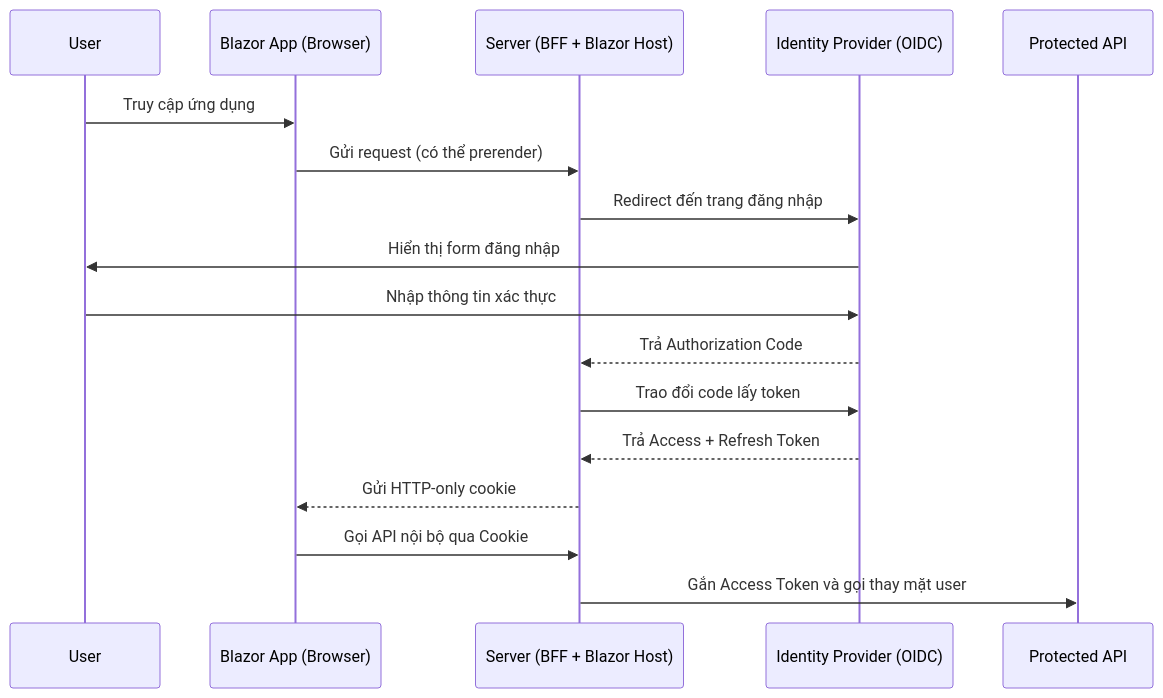
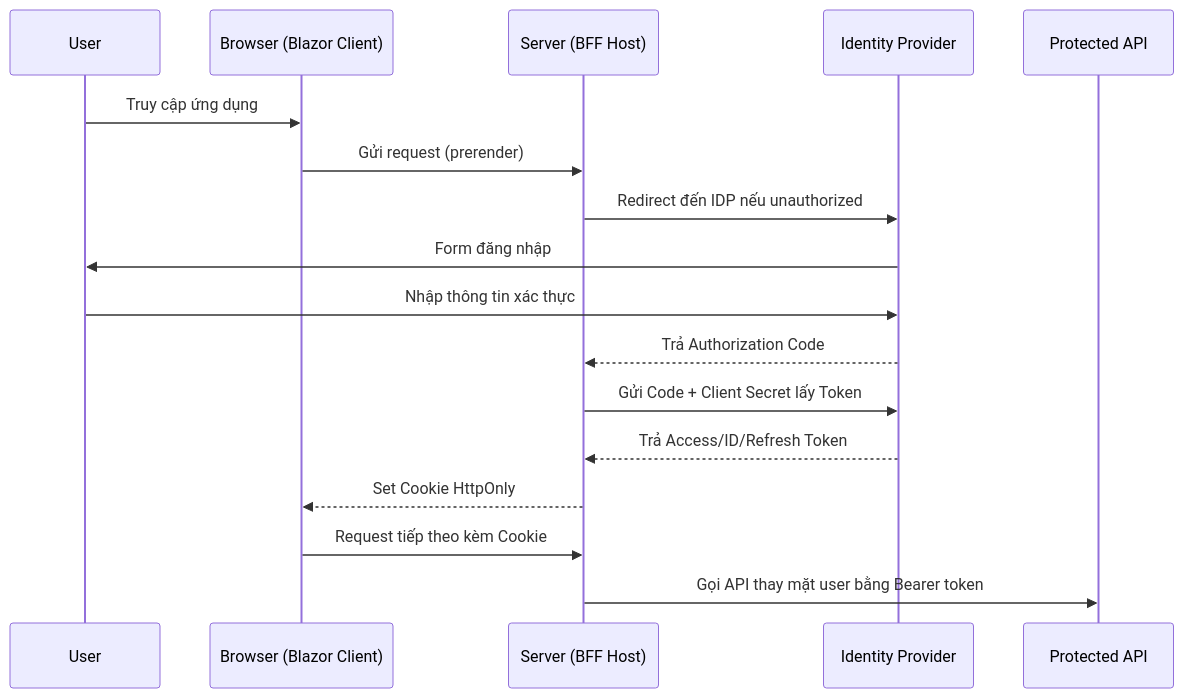
One commit to chicuong2k3/BlogtifyOpen changed the diagram in Blogtify/Blogtify.Client/Content/Posts/Blazor/2. Authentication và Authorization trong Blazor Web App (WASM + Prerender).md. Above: the diagram before and after it, drawn with Mermaid. The commit also changed other lines of this file and 27 other files, not shown here.

```diff
--- a/Blogtify/Blogtify.Client/Content/Posts/Blazor/2. Authentication và Authorization trong Blazor Web App (WASM + Prerender).md
+++ b/Blogtify/Blogtify.Client/Content/Posts/Blazor/2. Authentication và Authorization trong Blazor Web App (WASM + Prerender).md
@@ -285,20 +125,19 @@
 <div class="mermaid">
 sequenceDiagram
     participant U as User
-    participant B as Blazor App (Browser)
-    participant S as Server (BFF + Blazor Host)
-    participant IDP as Identity Provider (OIDC)
+    participant B as Browser (Blazor Client)
+    participant S as Server (BFF Host)
+    participant IDP as Identity Provider
     participant API as Protected API
-
     U->>B: Truy cập ứng dụng
-    B->>S: Gửi request (có thể prerender)
-    S->>IDP: Redirect đến trang đăng nhập
-    IDP->>U: Hiển thị form đăng nhập
+    B->>S: Gửi request (prerender)
+    S->>IDP: Redirect đến IDP nếu unauthorized
+    IDP->>U: Form đăng nhập
     U->>IDP: Nhập thông tin xác thực
     IDP-->>S: Trả Authorization Code
-    S->>IDP: Trao đổi code lấy token
-    IDP-->>S: Trả Access + Refresh Token
-    S-->>B: Gửi HTTP-only cookie
-    B->>S: Gọi API nội bộ qua Cookie
-    S->>API: Gắn Access Token và gọi thay mặt user
+    S->>IDP: Gửi Code + Client Secret lấy Token
+    IDP-->>S: Trả Access/ID/Refresh Token
+    S-->>B: Set Cookie HttpOnly
+    B->>S: Request tiếp theo kèm Cookie
+    S->>API: Gọi API thay mặt user bằng Bearer token
 </div>
```
